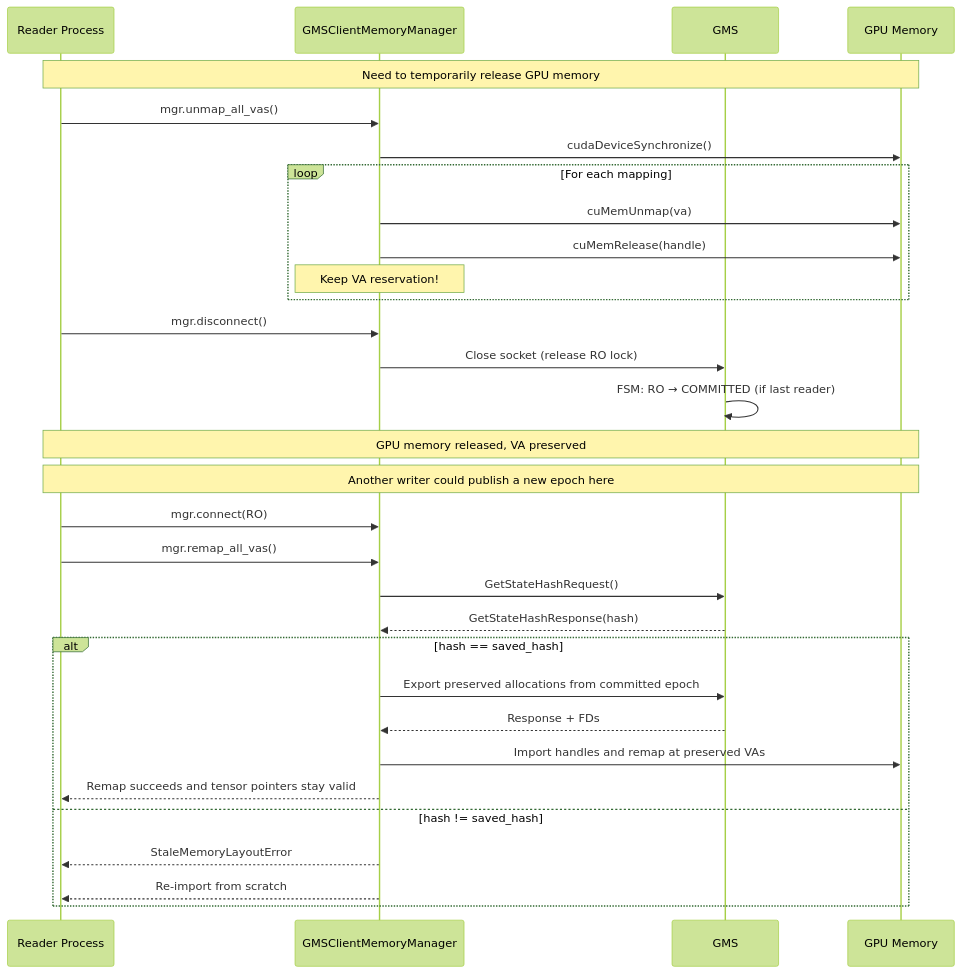
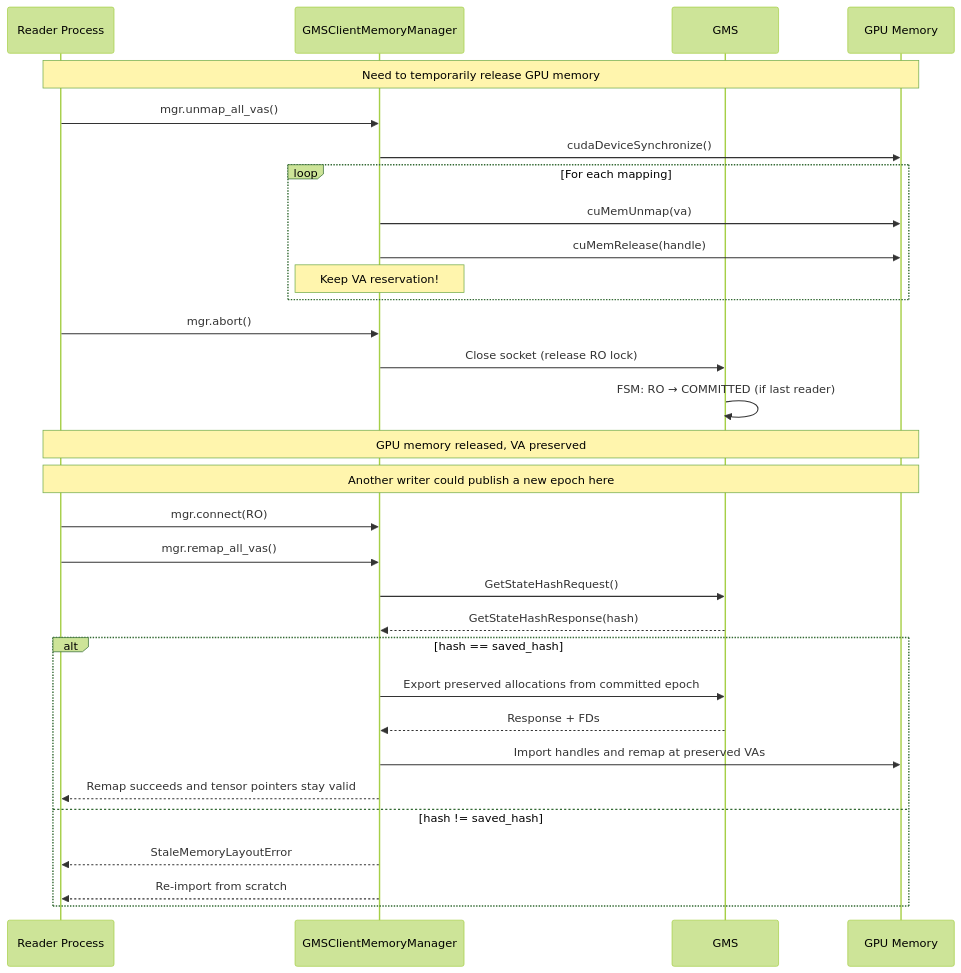
One commit to ai-dynamo/dynamo changed the seventh of 8 diagrams in lib/gpu_memory_service/README.md. Above: the diagram before and after it, drawn with Mermaid (forest theme). The commit also changed other lines of this file and 10 other files, not shown here.

````diff
--- a/lib/gpu_memory_service/README.md
+++ b/lib/gpu_memory_service/README.md
@@ -322,40 +322,40 @@
 ```mermaid
 sequenceDiagram
     participant R as Reader Process
     participant C as GMSClientMemoryManager
     participant S as GMS
     participant GPU as GPU Memory
 
     Note over R,GPU: Need to temporarily release GPU memory
 
     R->>C: mgr.unmap_all_vas()
     C->>GPU: cudaDeviceSynchronize()
 
     loop For each mapping
         C->>GPU: cuMemUnmap(va)
         C->>GPU: cuMemRelease(handle)
         Note over C: Keep VA reservation!
     end
 
-    R->>C: mgr.disconnect()
+    R->>C: mgr.abort()
     C->>S: Close socket (release RO lock)
     S->>S: FSM: RO → COMMITTED (if last reader)
 
     Note over R,GPU: GPU memory released, VA preserved
     Note over R,GPU: Another writer could publish a new epoch here
 
     R->>C: mgr.connect(RO)
     R->>C: mgr.remap_all_vas()
     C->>S: GetStateHashRequest()
     S-->>C: GetStateHashResponse(hash)
 
     alt hash == saved_hash
         C->>S: Export preserved allocations from committed epoch
         S-->>C: Response + FDs
         C->>GPU: Import handles and remap at preserved VAs
         C-->>R: Remap succeeds and tensor pointers stay valid
     else hash != saved_hash
         C-->>R: StaleMemoryLayoutError
         C-->>R: Re-import from scratch
     end
 ```
````
